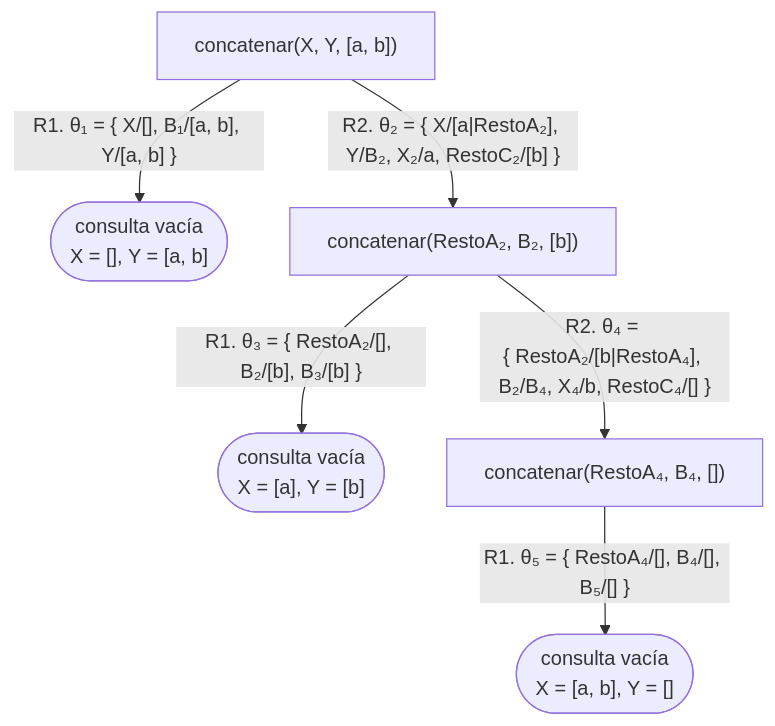
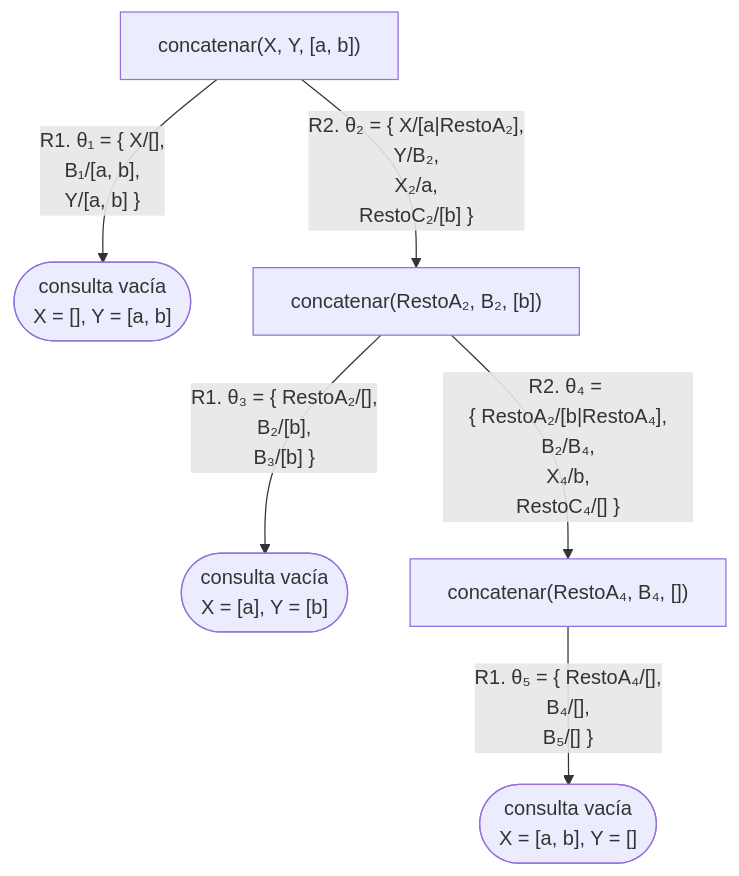
Before and after one commit to CesarBallardini/curso-de-prolog: the fourth of 6 diagrams in docs/capitulo-13-prolog-y-la-logica/soluciones.md, drawn with Mermaid. The commit also changed other lines of this file and 24 other files, not shown here.

First line of the commit message:
feat(docs): botones para ocultar las columnas laterales y etiquetas cortas en los diagramas

````diff
--- a/docs/capitulo-13-prolog-y-la-logica/soluciones.md
+++ b/docs/capitulo-13-prolog-y-la-logica/soluciones.md
@@ -733,9 +733,9 @@
 ```mermaid
 %%{init: {"flowchart": {"wrappingWidth": 340}}}%%
 flowchart TD
-    A["concatenar(X, Y, [a, b])"] -- "R1. θ₁ = {&nbsp;X/[], B₁/[a, b], Y/[a, b]&nbsp;}" --> B(["consulta vacía<br/>X = [], Y = [a, b]"])
-    A -- "R2. θ₂ = {&nbsp;X/[a|RestoA₂], Y/B₂, X₂/a, RestoC₂/[b]&nbsp;}" --> C["concatenar(RestoA₂, B₂, [b])"]
-    C -- "R1. θ₃ = {&nbsp;RestoA₂/[], B₂/[b], B₃/[b]&nbsp;}" --> D(["consulta vacía<br/>X = [a], Y = [b]"])
-    C -- "R2. θ₄ = {&nbsp;RestoA₂/[b|RestoA₄], B₂/B₄, X₄/b, RestoC₄/[]&nbsp;}" --> E["concatenar(RestoA₄, B₄, [])"]
-    E -- "R1. θ₅ = {&nbsp;RestoA₄/[], B₄/[], B₅/[]&nbsp;}" --> F(["consulta vacía<br/>X = [a, b], Y = []"])
+    A["concatenar(X, Y, [a, b])"] -- "R1. θ₁ = {&nbsp;X/[],<br/>B₁/[a, b],<br/>Y/[a, b]&nbsp;}" --> B(["consulta vacía<br/>X = [], Y = [a, b]"])
+    A -- "R2. θ₂ = {&nbsp;X/[a|RestoA₂],<br/>Y/B₂,<br/>X₂/a,<br/>RestoC₂/[b]&nbsp;}" --> C["concatenar(RestoA₂, B₂, [b])"]
+    C -- "R1. θ₃ = {&nbsp;RestoA₂/[],<br/>B₂/[b],<br/>B₃/[b]&nbsp;}" --> D(["consulta vacía<br/>X = [a], Y = [b]"])
+    C -- "R2. θ₄ = {&nbsp;RestoA₂/[b|RestoA₄],<br/>B₂/B₄,<br/>X₄/b,<br/>RestoC₄/[]&nbsp;}" --> E["concatenar(RestoA₄, B₄, [])"]
+    E -- "R1. θ₅ = {&nbsp;RestoA₄/[],<br/>B₄/[],<br/>B₅/[]&nbsp;}" --> F(["consulta vacía<br/>X = [a, b], Y = []"])
 ```
````
